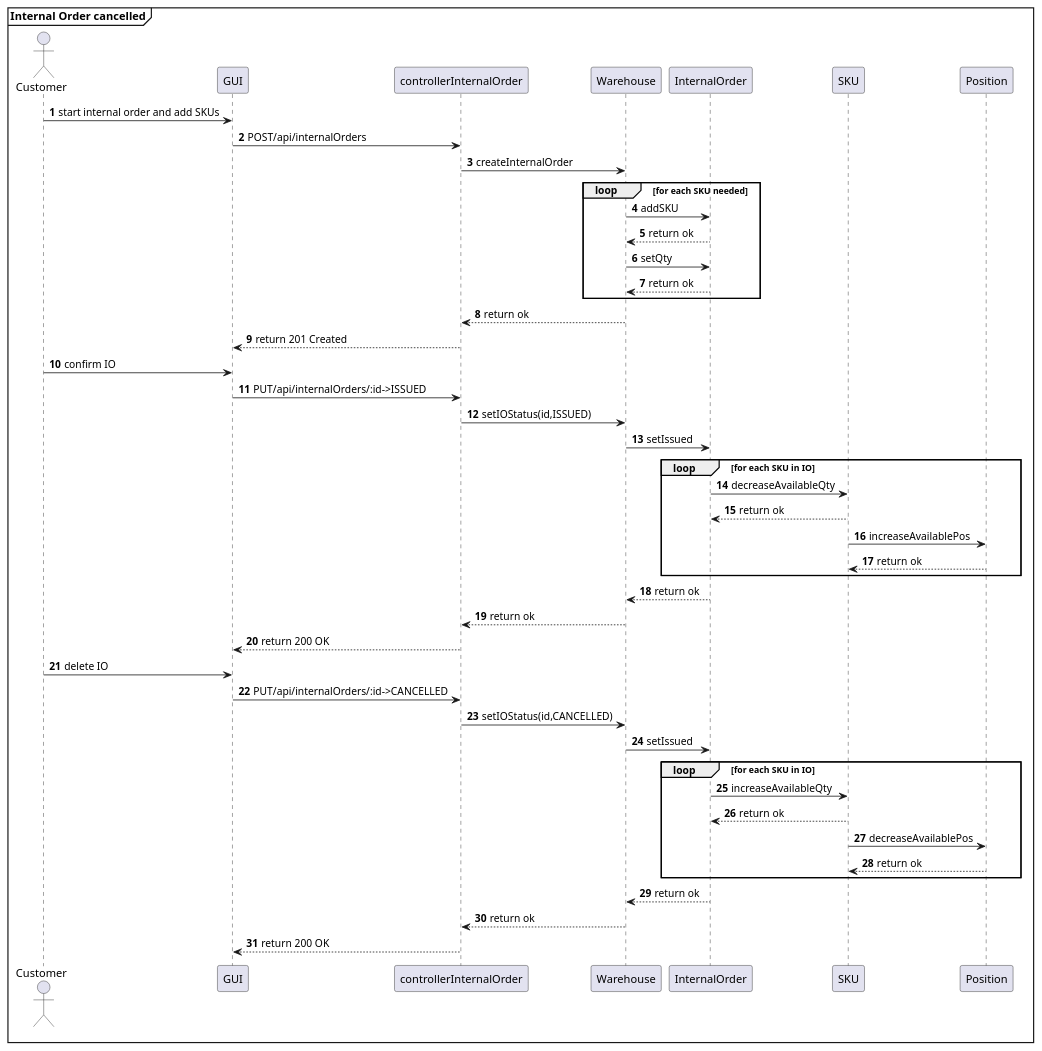
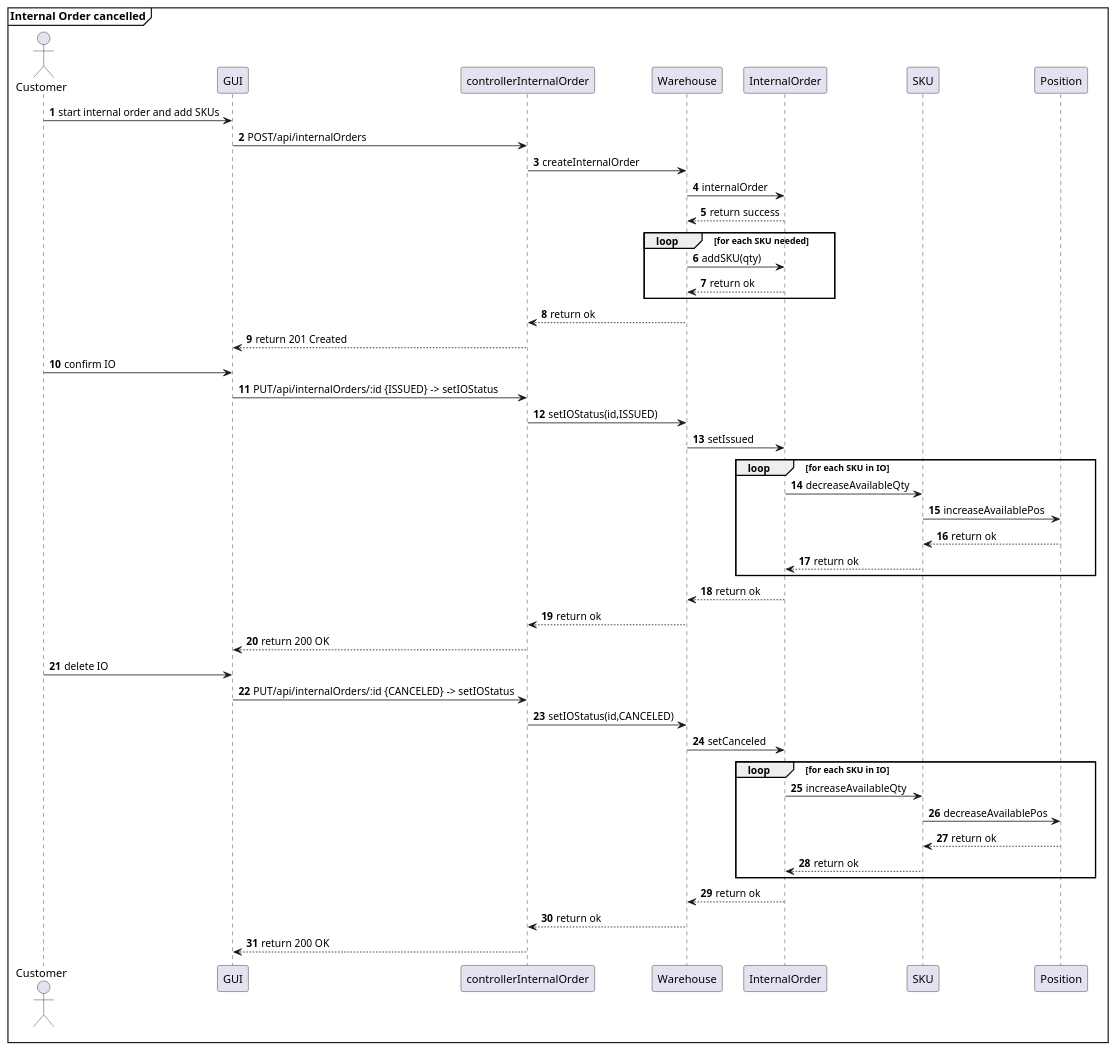
Before and after one commit to AlexZampa/EzWh: diagram 26 of 32 in DesignDocument.md, drawn with PlantUML. The commit also changed other lines of this file, not shown here.

````diff
--- a/DesignDocument.md
+++ b/DesignDocument.md
@@ -1244,52 +1251,52 @@
 ```plantuml
 @startuml
 mainframe **Internal Order cancelled**
 actor Customer
 participant GUI
 participant controllerInternalOrder
 participant Warehouse
 participant InternalOrder
 participant SKU
 
 autonumber
 Customer -> GUI : start internal order and add SKUs
 GUI -> controllerInternalOrder : POST/api/internalOrders
 controllerInternalOrder -> Warehouse : createInternalOrder
+Warehouse -> InternalOrder : internalOrder
+Warehouse <-- InternalOrder : return success
 loop for each SKU needed
-  Warehouse -> InternalOrder : addSKU
-  Warehouse <-- InternalOrder : return ok
-  Warehouse -> InternalOrder : setQty
+  Warehouse -> InternalOrder : addSKU(qty)
   Warehouse <-- InternalOrder : return ok
 end loop
 controllerInternalOrder <-- Warehouse : return ok
 GUI <-- controllerInternalOrder : return 201 Created
 
 Customer -> GUI : confirm IO
-GUI -> controllerInternalOrder : PUT/api/internalOrders/:id->ISSUED
+GUI -> controllerInternalOrder : PUT/api/internalOrders/:id {ISSUED} -> setIOStatus
 controllerInternalOrder -> Warehouse : setIOStatus(id,ISSUED)
 Warehouse -> InternalOrder : setIssued
 loop for each SKU in IO
   InternalOrder -> SKU : decreaseAvailableQty
-  InternalOrder <-- SKU : return ok
   SKU -> Position : increaseAvailablePos
   SKU <-- Position : return ok
+  InternalOrder <-- SKU : return ok
 end loop
 Warehouse <-- InternalOrder : return ok
 controllerInternalOrder <-- Warehouse : return ok
 GUI <-- controllerInternalOrder : return 200 OK
 
 Customer -> GUI : delete IO
-GUI -> controllerInternalOrder : PUT/api/internalOrders/:id->CANCELLED
-controllerInternalOrder -> Warehouse : setIOStatus(id,CANCELLED)
-Warehouse -> InternalOrder : setIssued
+GUI -> controllerInternalOrder : PUT/api/internalOrders/:id {CANCELED} -> setIOStatus
+controllerInternalOrder -> Warehouse : setIOStatus(id,CANCELED)
+Warehouse -> InternalOrder : setCanceled
 loop for each SKU in IO
   InternalOrder -> SKU : increaseAvailableQty
-  InternalOrder <-- SKU : return ok
   SKU -> Position : decreaseAvailablePos
   SKU <-- Position : return ok
+  InternalOrder <-- SKU : return ok
 end loop
 Warehouse <-- InternalOrder : return ok
 controllerInternalOrder <-- Warehouse : return ok
 GUI <-- controllerInternalOrder : return 200 OK
 @enduml
 ```
````
